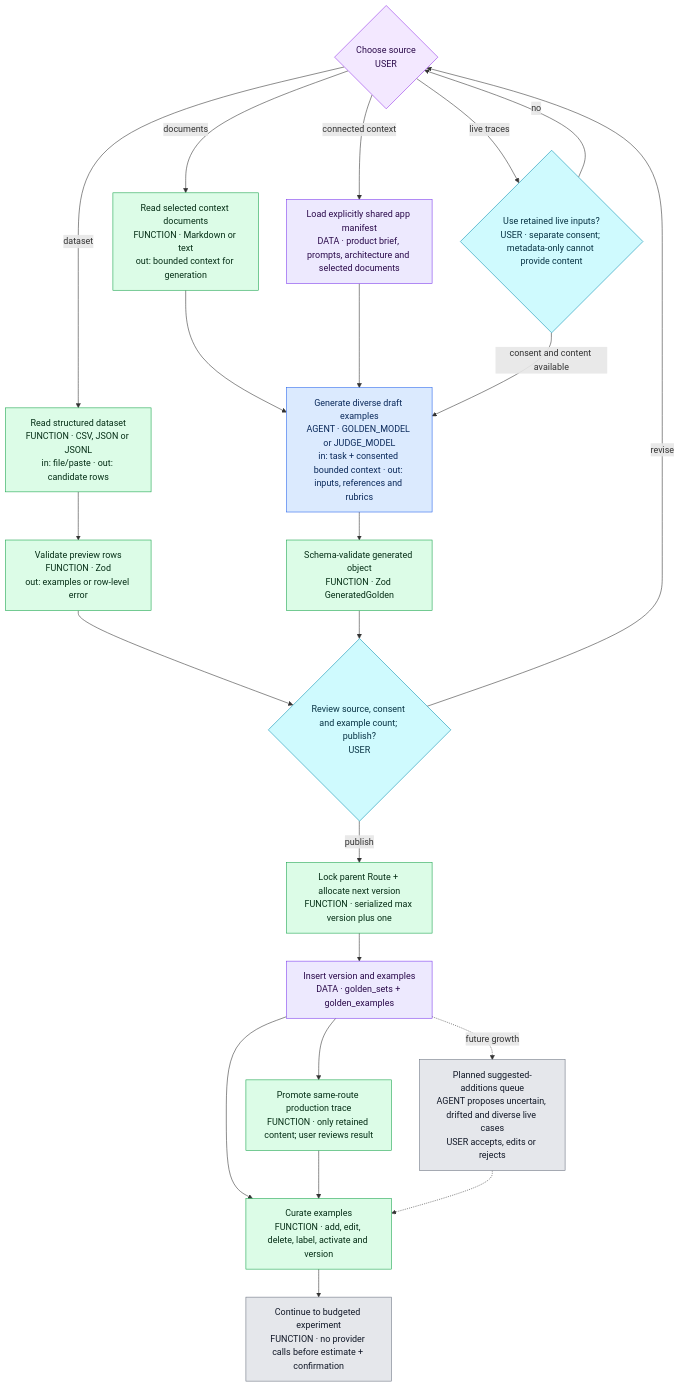
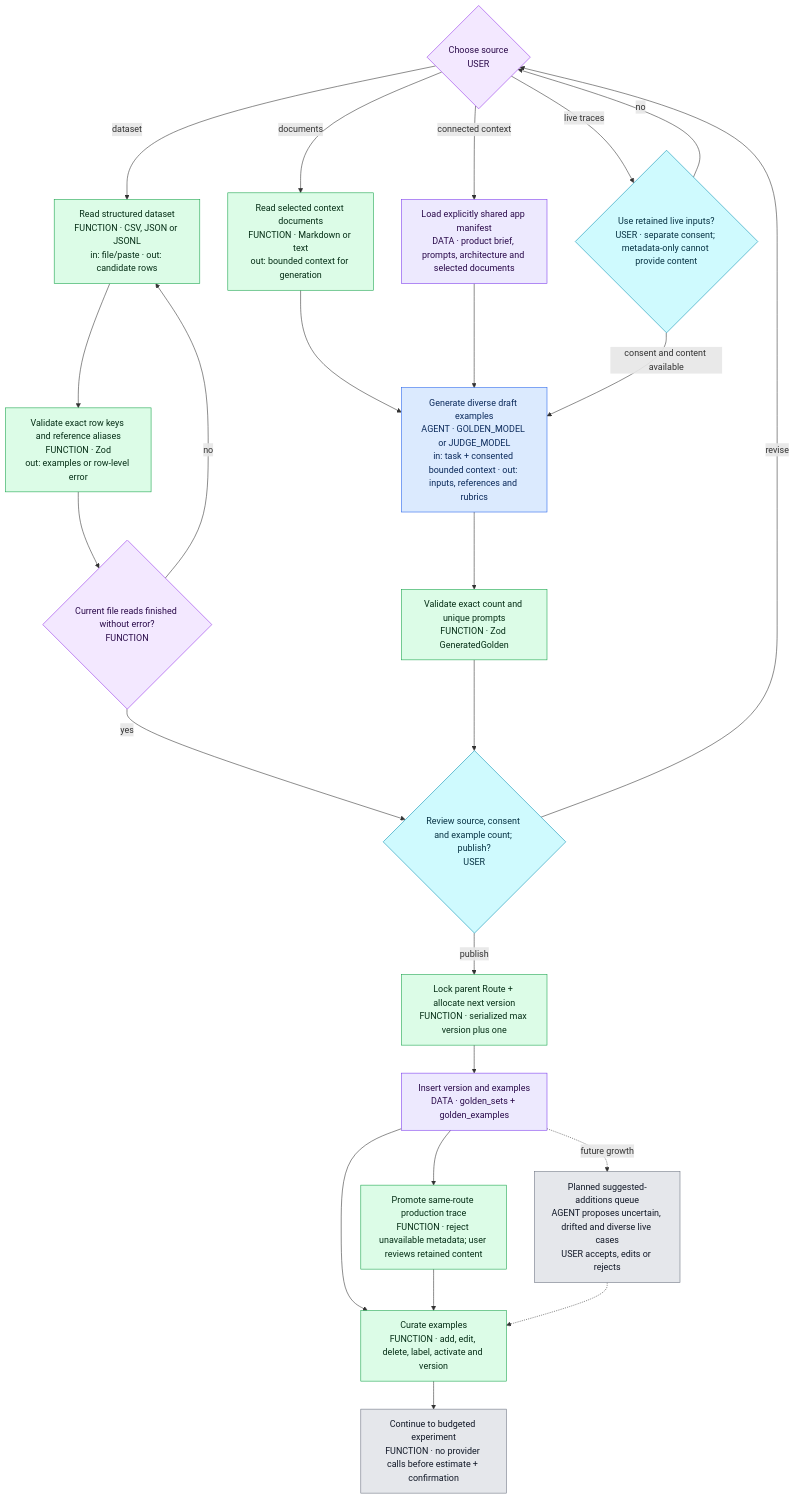
One commit to APareek89/blindspot changed the diagram in docs/mermaid/02-golden-sets.mmd. Above: the diagram before and after it, drawn with Mermaid. The commit also changed 44 other files, not shown here.

Commit message:
Preserve evaluation evidence and validate Golden inputs

```diff
--- a/docs/mermaid/02-golden-sets.mmd
+++ b/docs/mermaid/02-golden-sets.mmd
@@ -1,38 +1,41 @@
 %% Blindspot — golden-set lifecycle: explicit source -> configure -> review -> run (takeover reviewed 2026-07-22)
 %% files: apps/gateway/src/manage/golden.ts, packages/core/src/golden/agent.ts, packages/core/src/golden/service.ts, packages/core/src/golden/upload.ts, apps/dashboard/app/(app)/golden-sets/[route]/GoldenManager.tsx
 %% granularity: full
 flowchart TD
   S{"Choose source<br/>USER"}:::dec
   U["Read structured dataset<br/>FUNCTION · CSV, JSON or JSONL<br/>in: file/paste · out: candidate rows"]:::fn
   DOC["Read selected context documents<br/>FUNCTION · Markdown or text<br/>out: bounded context for generation"]:::fn
   CTX["Load explicitly shared app manifest<br/>DATA · product brief, prompts, architecture and selected documents"]:::data
   LIVE{"Use retained live inputs?<br/>USER · separate consent; metadata-only cannot provide content"}:::ask
-  UV["Validate preview rows<br/>FUNCTION · Zod<br/>out: examples or row-level error"]:::fn
+  UV["Validate exact row keys and reference aliases<br/>FUNCTION · Zod<br/>out: examples or row-level error"]:::fn
   AG["Generate diverse draft examples<br/>AGENT · GOLDEN_MODEL or JUDGE_MODEL<br/>in: task + consented bounded context · out: inputs, references and rubrics"]:::agent
-  AV["Schema-validate generated object<br/>FUNCTION · Zod GeneratedGolden"]:::fn
+  AV["Validate exact count and unique prompts<br/>FUNCTION · Zod GeneratedGolden"]:::fn
   REVIEW{"Review source, consent and example count; publish?<br/>USER"}:::ask
   NV["Lock parent Route + allocate next version<br/>FUNCTION · serialized max version plus one"]:::fn
   STORE["Insert version and examples<br/>DATA · golden_sets + golden_examples"]:::data
   CUR["Curate examples<br/>FUNCTION · add, edit, delete, label, activate and version"]:::fn
-  PT["Promote same-route production trace<br/>FUNCTION · only retained content; user reviews result"]:::fn
+  PT["Promote same-route production trace<br/>FUNCTION · reject unavailable metadata; user reviews retained content"]:::fn
   RUN["Continue to budgeted experiment<br/>FUNCTION · no provider calls before estimate + confirmation"]:::term
   GROW["Planned suggested-additions queue<br/>AGENT proposes uncertain, drifted and diverse live cases<br/>USER accepts, edits or rejects"]:::term
 
-  S -- "dataset" --> U --> UV --> REVIEW
+  PENDING{"Current file reads finished without error?<br/>FUNCTION"}:::dec
+  S -- "dataset" --> U --> UV --> PENDING
+  PENDING -- "yes" --> REVIEW
+  PENDING -- "no" --> U
   S -- "documents" --> DOC --> AG
   S -- "connected context" --> CTX --> AG
   S -- "live traces" --> LIVE
   LIVE -- "consent and content available" --> AG
   LIVE -- "no" --> S
   AG --> AV --> REVIEW
   REVIEW -- "revise" --> S
   REVIEW -- "publish" --> NV --> STORE --> CUR --> RUN
   STORE --> PT --> CUR
   STORE -. "future growth" .-> GROW -.-> CUR
 
   classDef agent fill:#dbeafe,stroke:#2563eb,color:#0b2a5b;
   classDef fn fill:#dcfce7,stroke:#16a34a,color:#052e16;
   classDef dec fill:#f3e8ff,stroke:#9333ea,color:#2a0a4a;
   classDef data fill:#ede9fe,stroke:#7c3aed,color:#2a0a4a;
   classDef ask fill:#cffafe,stroke:#0891b2,color:#083344;
   classDef term fill:#e5e7eb,stroke:#6b7280,color:#111827;
```
